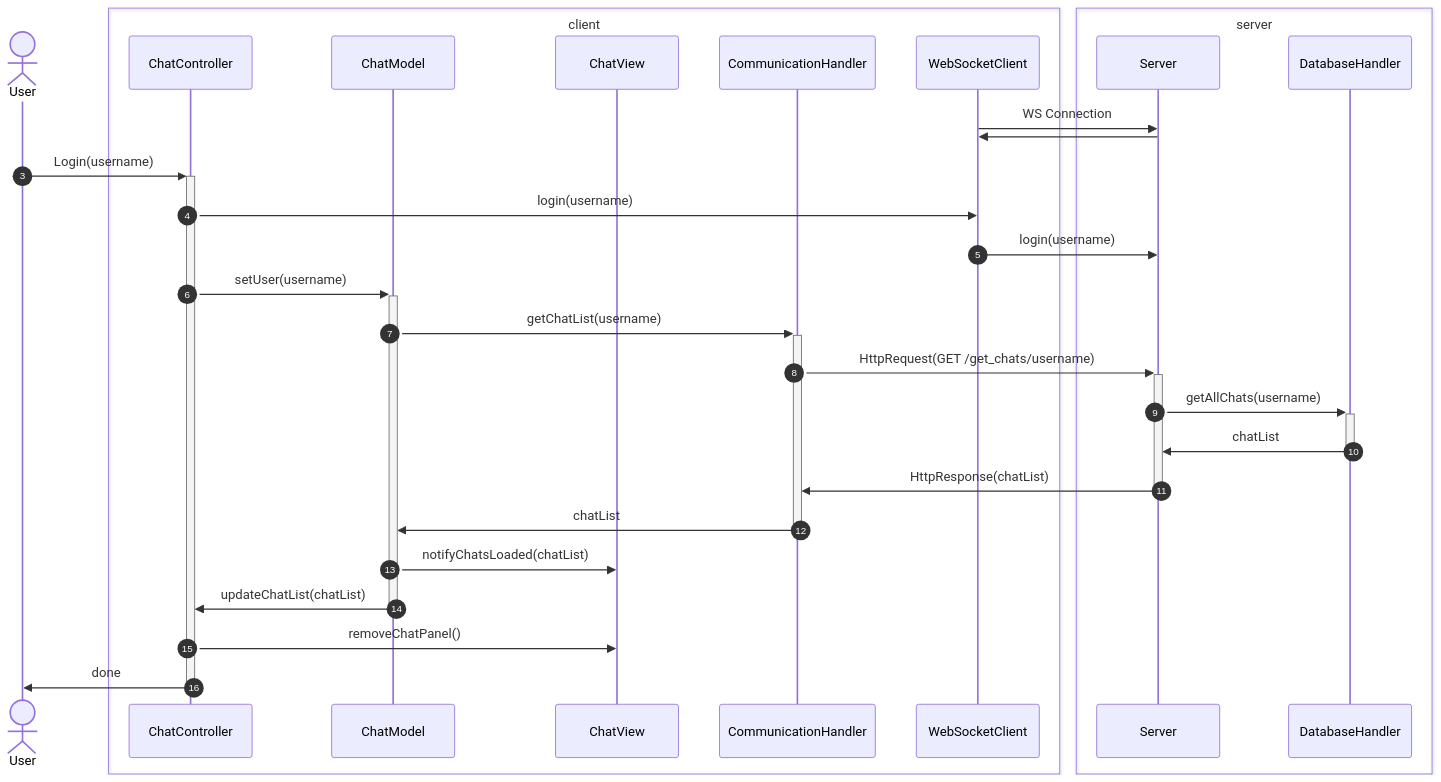
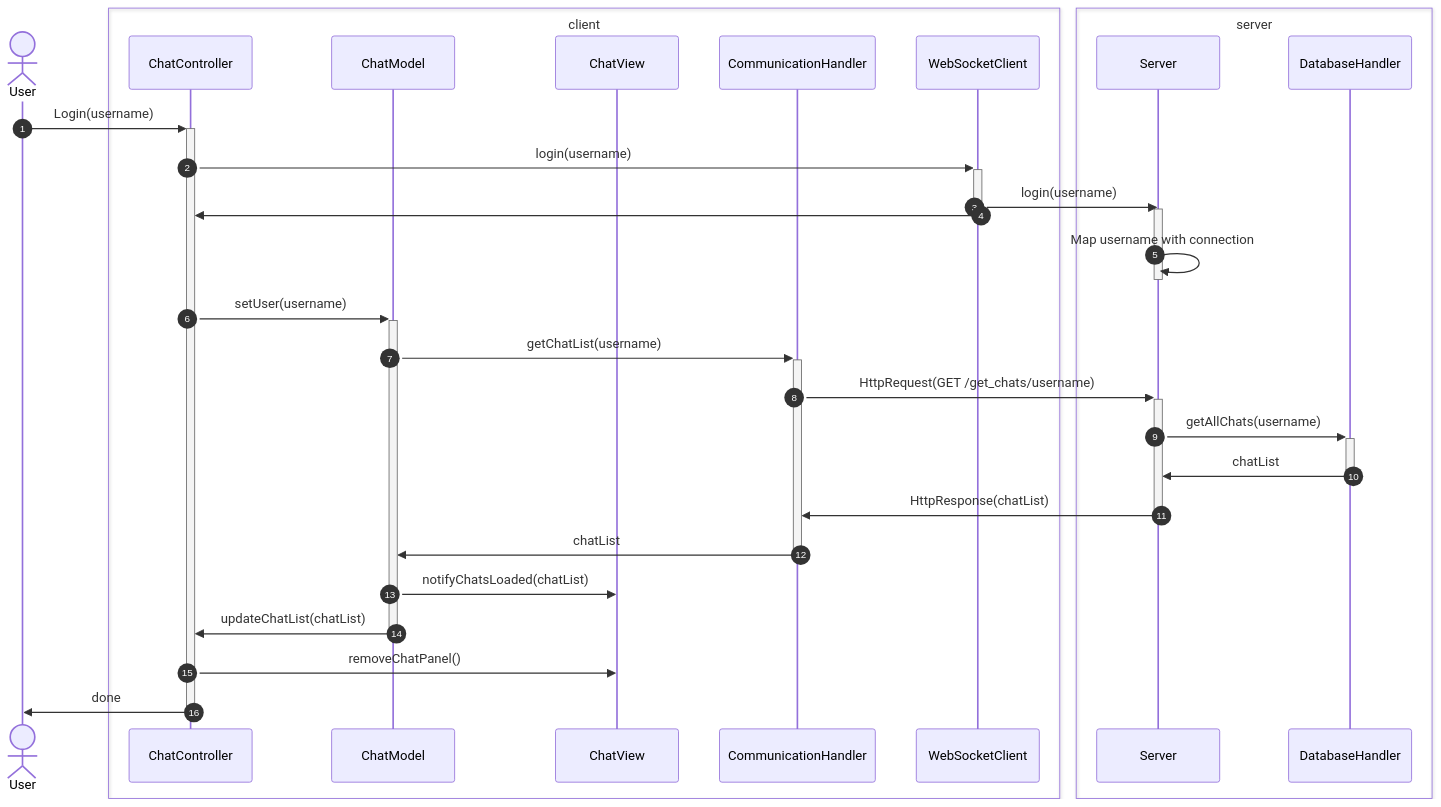
The diagram in SeqLogin.mmd (Anaemix/OOA_grupp9), drawn with Mermaid before and after one commit. The commit also changed 5 other files, not shown here.

Commit message:
updated sequence diagram

```diff
--- a/SeqLogin.mmd
+++ b/SeqLogin.mmd
@@ -1,30 +1,34 @@
 sequenceDiagram
     Actor U as User
     box client
         Participant C as ChatController
         Participant M as ChatModel
         Participant V as ChatView
         Participant Com as CommunicationHandler
         Participant web as WebSocketClient
     end
     box server
         Participant S as Server
         Participant DB as DatabaseHandler
     end
-    web->>S: WS Connection
-    S->>web: 
+    #web->>S: WS Connection
+    #S->>web: 
     autonumber
     U->>+C: Login(username)
-        C->>web: login(username)
-        web->>S: login(username)
+        C->>+web: login(username)
+            web->>S: login(username)
+            activate S
+        web->>-C: 
+                S->>S: Map username with connection
+                deactivate S
         C->>+M: setUser(username)
             M->>+Com: getChatList(username)
                 Com->>+S: HttpRequest(GET /get_chats/username)
                     S->>+DB: getAllChats(username)
                     DB->>-S: chatList
                 S->>-Com: HttpResponse(chatList)
             Com->>-M: chatList
             M->>V: notifyChatsLoaded(chatList)
         M->>-C: updateChatList(chatList)
         C->>V: removeChatPanel()
     C->>-U: done
```
